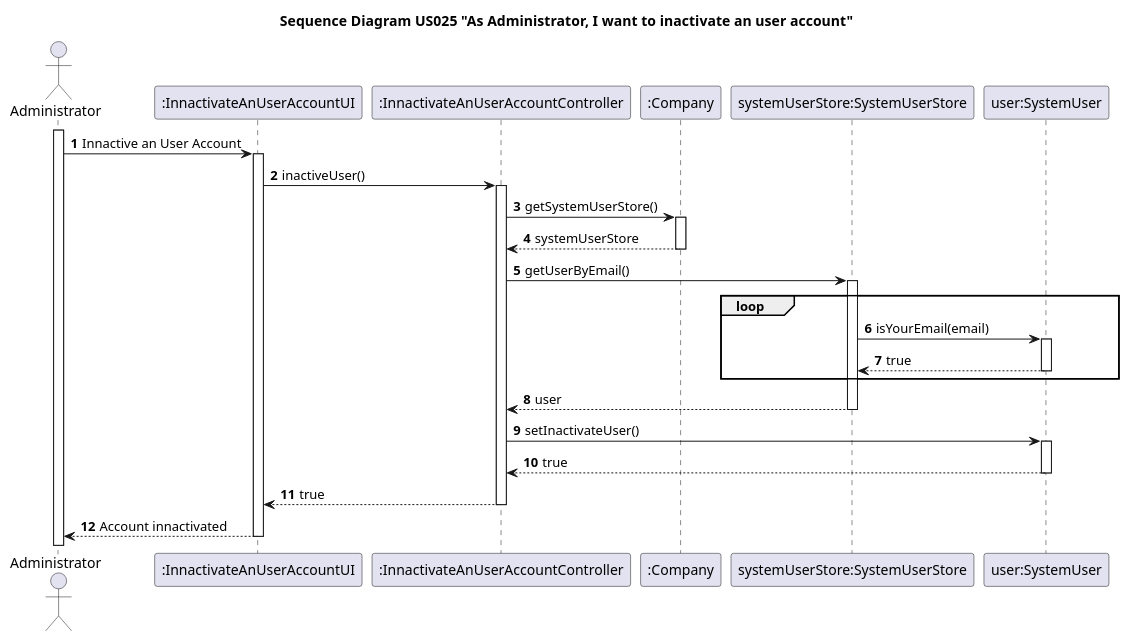
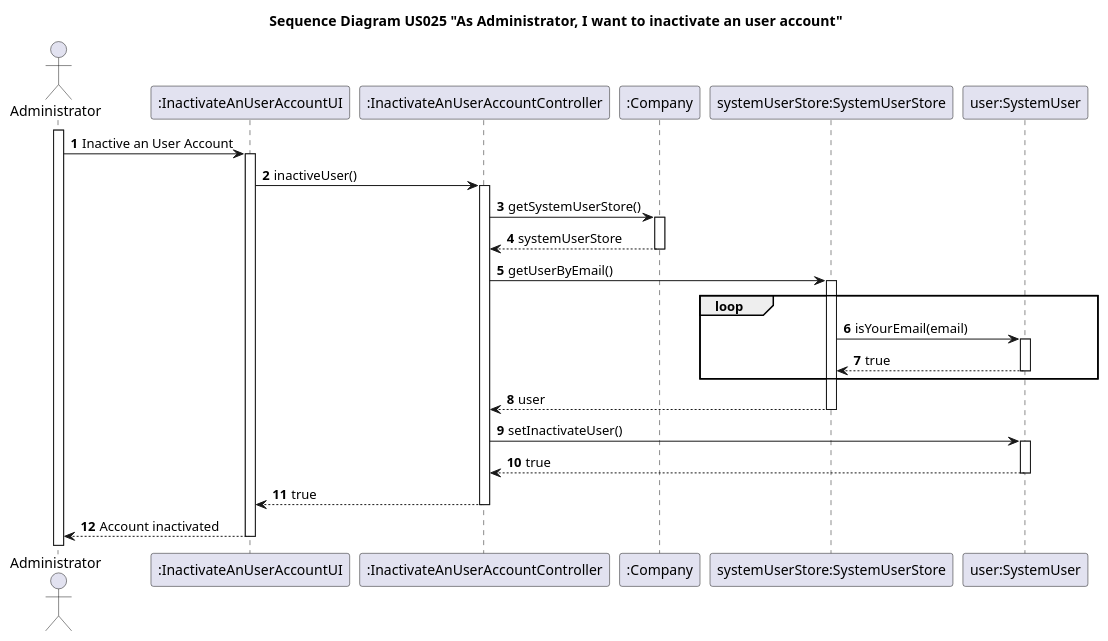
One commit to nunogon1211787/projectManagement changed the diagram in docs/Sprint3/US025/US025-SD.puml. Above: the diagram before and after it, drawn with PlantUML. The commit also changed 1 other file, not shown here.

```diff
--- a/docs/Sprint3/US025/US025-SD.puml
+++ b/docs/Sprint3/US025/US025-SD.puml
@@ -1,34 +1,34 @@
 @startuml
 'https://plantuml.com/sequence-diagram
 
 title Sequence Diagram US025 "As Administrator, I want to inactivate an user account"
 
 autoactivate on
 autonumber
 
 actor "Administrator" as Administrator
-participant ":InnactivateAnUserAccountUI" as UI
-participant ":InnactivateAnUserAccountController" as Ctrl
+participant ":InactivateAnUserAccountUI" as UI
+participant ":InactivateAnUserAccountController" as Ctrl
 participant ":Company" as Company
 participant "systemUserStore:SystemUserStore" as SystemUserStore
 participant "user:SystemUser" as SystemUser
 
 
 activate "Administrator"
 
-"Administrator" -> UI: Innactive an User Account
+"Administrator" -> UI: Inactive an User Account
 UI -> Ctrl: inactiveUser()
 Ctrl -> Company: getSystemUserStore()
 return systemUserStore
 Ctrl -> SystemUserStore : getUserByEmail()
 loop
 SystemUserStore-> SystemUser: isYourEmail(email)
 SystemUser --> SystemUserStore: true
 end
 return user
 Ctrl -> SystemUser : setInactivateUser()
 SystemUser --> Ctrl : true
 Ctrl --> UI : true
-UI --> "Administrator": Account innactivated
+UI --> "Administrator": Account inactivated
 
 @enduml
```
